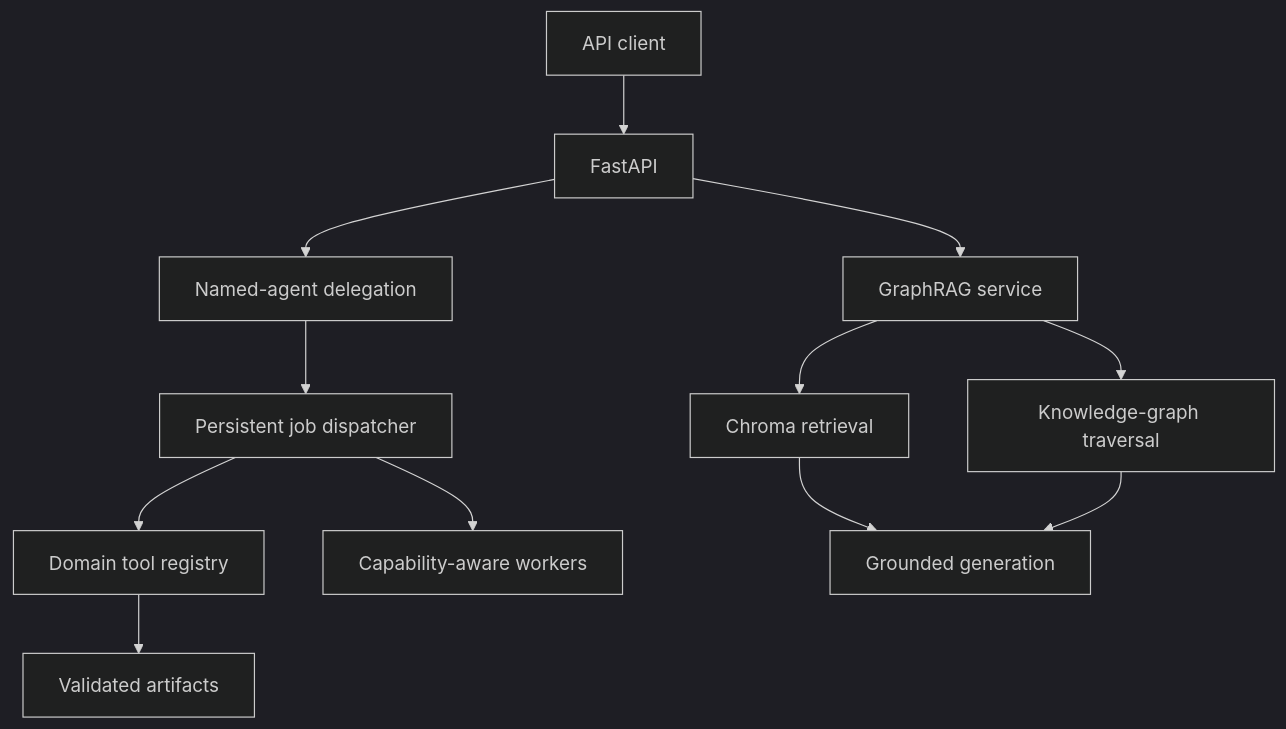
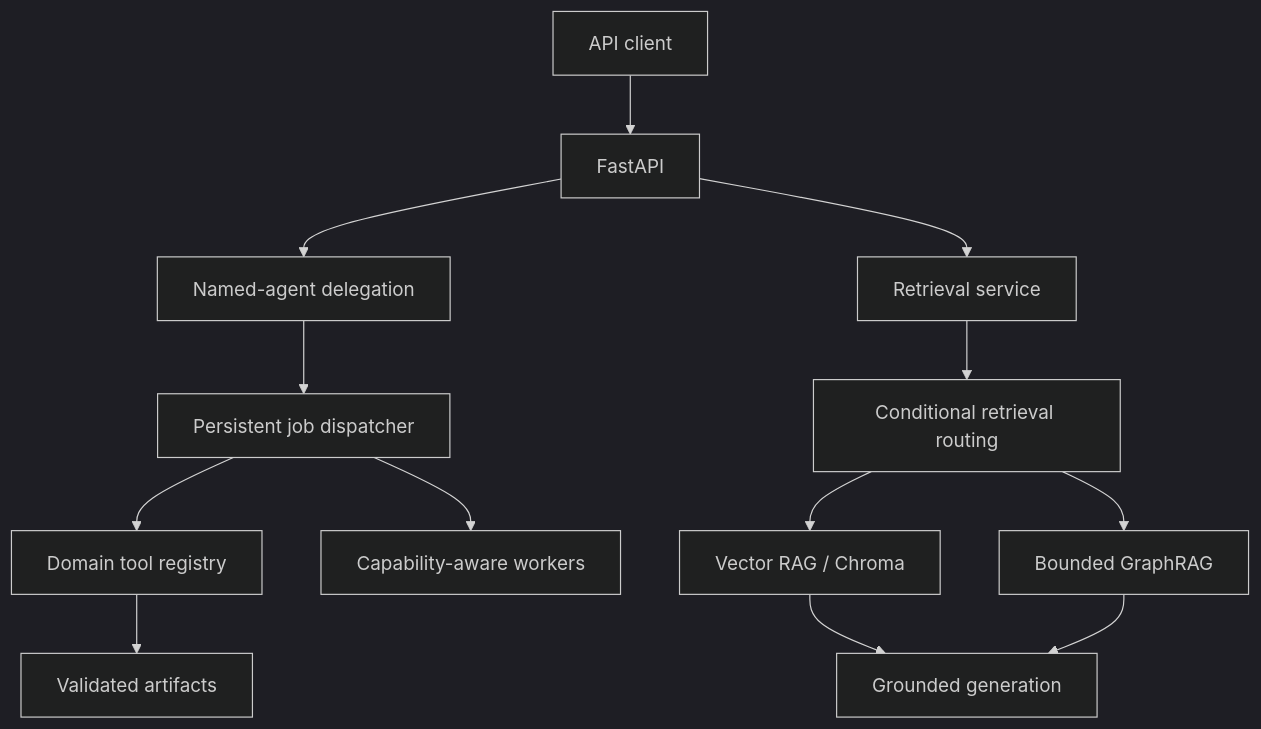
The diagram in README.md (syedkhadeermo/personal-graphrag-agent), drawn with Mermaid (dark theme) before and after one commit. The commit also changed other lines of this file, not shown here.

````diff
--- a/README.md
+++ b/README.md
@@ -34,14 +37,15 @@
 ```mermaid
 flowchart TD
     Client["API client"] --> API["FastAPI"]
     API --> Delegate["Named-agent delegation"]
     Delegate --> Jobs["Persistent job dispatcher"]
     Jobs --> Tools["Domain tool registry"]
     Jobs --> Workers["Capability-aware workers"]
-    API --> RAG["GraphRAG service"]
-    RAG --> Vector["Chroma retrieval"]
-    RAG --> Graph["Knowledge-graph traversal"]
+    API --> RAG["Retrieval service"]
+    RAG --> Route["Conditional retrieval routing"]
+    Route --> Vector["Vector RAG / Chroma"]
+    Route --> Graph["Bounded GraphRAG"]
     Vector --> Generate["Grounded generation"]
     Graph --> Generate
     Tools --> Artifacts["Validated artifacts"]
 ```
````
